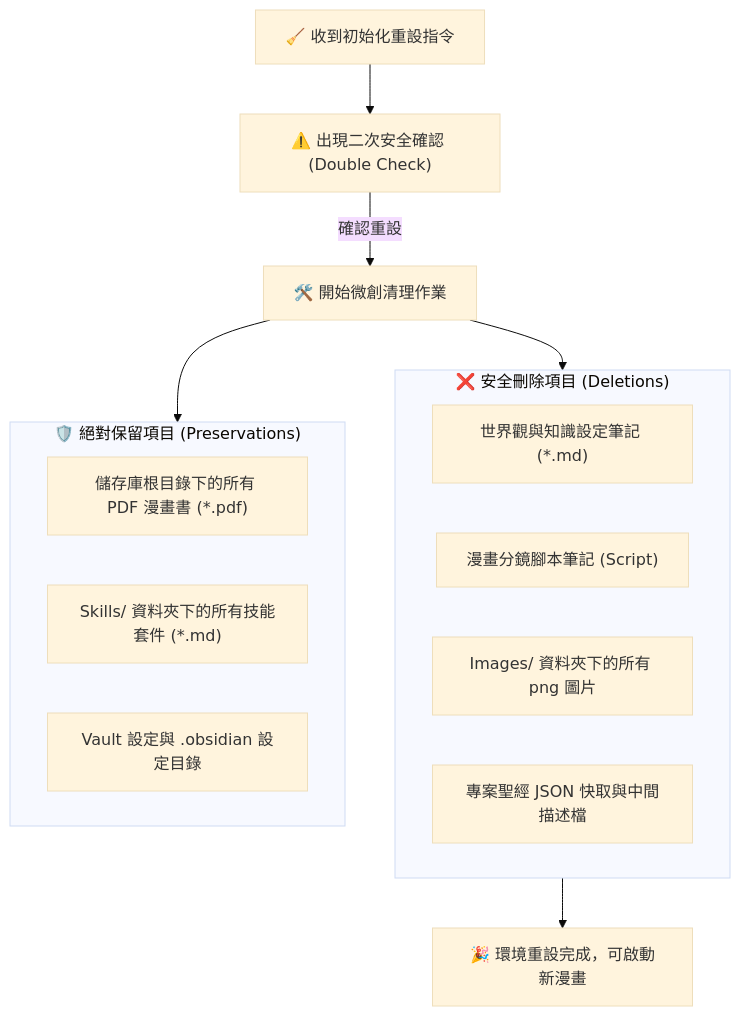
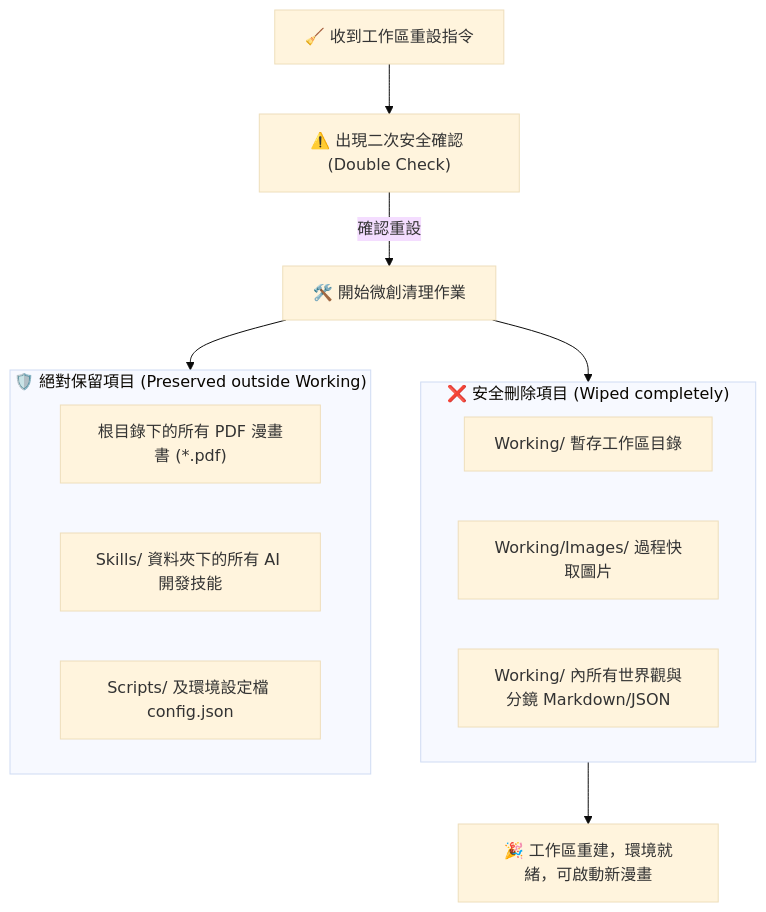
Before and after one commit to leejoneshane/ai-comic-generator-skills: the diagram in Skills/9_Comic_Project_Initializer.md, drawn with Mermaid (base theme). The commit also changed other lines of this file and 7 other files, not shown here.

Commit message:
Feature: Refactor folder structure to separate Working workspace area and root PDF directory with dynamic configuration

````diff
--- a/Skills/9_Comic_Project_Initializer.md
+++ b/Skills/9_Comic_Project_Initializer.md
@@ -17,22 +17,21 @@
 ```mermaid
 graph TD
-    Trigger["🧹 收到初始化重設指令"] --> Warn["⚠️ 出現二次安全確認 (Double Check)"]
+    Trigger["🧹 收到工作區重設指令"] --> Warn["⚠️ 出現二次安全確認 (Double Check)"]
     Warn -->|確認重設| Clean["🛠️ 開始微創清理作業"]
     
-    subgraph Files_Deletion ["❌ 安全刪除項目 (Deletions)"]
-        D1["世界觀與知識設定筆記 (*.md)"]
-        D2["漫畫分鏡腳本筆記 (Script)"]
-        D3["Images/ 資料夾下的所有 png 圖片"]
-        D4["專案聖經 JSON 快取與中間描述檔"]
+    subgraph Files_Deletion ["❌ 安全刪除項目 (Wiped completely)"]
+        D1["Working/ 暫存工作區目錄"]
+        D2["Working/Images/ 過程快取圖片"]
+        D3["Working/ 內所有世界觀與分鏡 Markdown/JSON"]
     end
     
-    subgraph Files_Preservation ["🛡️ 絕對保留項目 (Preservations)"]
-        P1["儲存庫根目錄下的所有 PDF 漫畫書 (*.pdf)"]
-        P2["Skills/ 資料夾下的所有技能套件 (*.md)"]
-        P3["Vault 設定與 .obsidian 設定目錄"]
+    subgraph Files_Preservation ["🛡️ 絕對保留項目 (Preserved outside Working)"]
+        P1["根目錄下的所有 PDF 漫畫書 (*.pdf)"]
+        P2["Skills/ 資料夾下的所有 AI 開發技能"]
+        P3["Scripts/ 及環境設定檔 config.json"]
     end
     
     Clean --> Files_Deletion
     Clean --> Files_Preservation
-    Files_Deletion --> Success["🎉 環境重設完成，可啟動新漫畫"]
+    Files_Deletion --> Success["🎉 工作區重建，環境就緒，可啟動新漫畫"]
 ```
````
